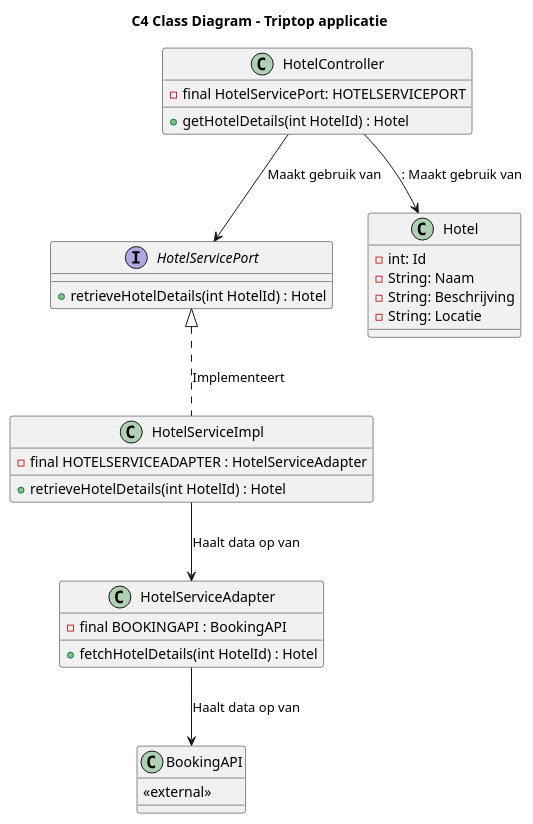
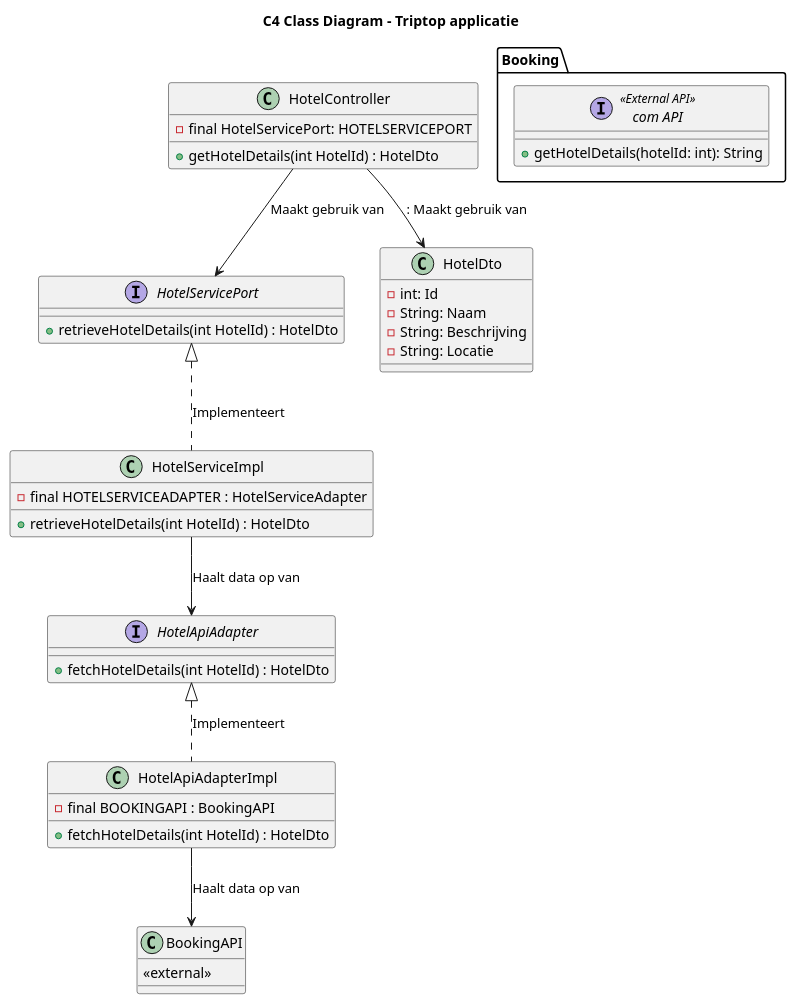
Before and after one commit to AIM-ENE-feb25/triptop-peak-performers-groep-1: the diagram in opdracht-diagrammen/C4-Diagrammen/C4-Class-Diagram-Jamiro.puml, drawn with PlantUML. The commit also changed 7 other files, not shown here.

Commit message:
component diagram en classe diagram aangepast

```diff
--- a/opdracht-diagrammen/C4-Diagrammen/C4-Class-Diagram-Jamiro.puml
+++ b/opdracht-diagrammen/C4-Diagrammen/C4-Class-Diagram-Jamiro.puml
@@ -1,41 +1,51 @@
 @startuml
 title C4 Class Diagram - Triptop applicatie
 
 class HotelController {
     - final HotelServicePort: HOTELSERVICEPORT
-    + getHotelDetails(int HotelId) : Hotel
+    + getHotelDetails(int HotelId) : HotelDto
 }
 
 interface HotelServicePort {
-    + retrieveHotelDetails(int HotelId) : Hotel
+    + retrieveHotelDetails(int HotelId) : HotelDto
 }
 
-class Hotel {
+class HotelDto {
     - int: Id
     - String: Naam
     - String: Beschrijving
     - String: Locatie
 }
 
 class HotelServiceImpl {
     - final HOTELSERVICEADAPTER : HotelServiceAdapter
-    + retrieveHotelDetails(int HotelId) : Hotel
+    + retrieveHotelDetails(int HotelId) : HotelDto
 }
 
-class HotelServiceAdapter {
+interface HotelApiAdapter {
+    + fetchHotelDetails(int HotelId) : HotelDto
+}
+
+class HotelApiAdapterImpl {
     - final BOOKINGAPI : BookingAPI
-    + fetchHotelDetails(int HotelId) : Hotel
+    + fetchHotelDetails(int HotelId) : HotelDto
 }
 
 class BookingAPI {
     <<external>>
 }
 
+
+interface "Booking.com API" <<External API>> {
+    + getHotelDetails(hotelId: int): String
+}
+
 HotelController --> HotelServicePort : Maakt gebruik van
-HotelController --> Hotel : : Maakt gebruik van
+HotelController --> HotelDto : : Maakt gebruik van
 
 HotelServicePort <|.. HotelServiceImpl : Implementeert
+HotelApiAdapter <|.. HotelApiAdapterImpl : Implementeert
 
-HotelServiceImpl --> HotelServiceAdapter : Haalt data op van
-HotelServiceAdapter --> BookingAPI : Haalt data op van
+HotelServiceImpl --> HotelApiAdapter : Haalt data op van
+HotelApiAdapterImpl --> BookingAPI : Haalt data op van
 @enduml
```
